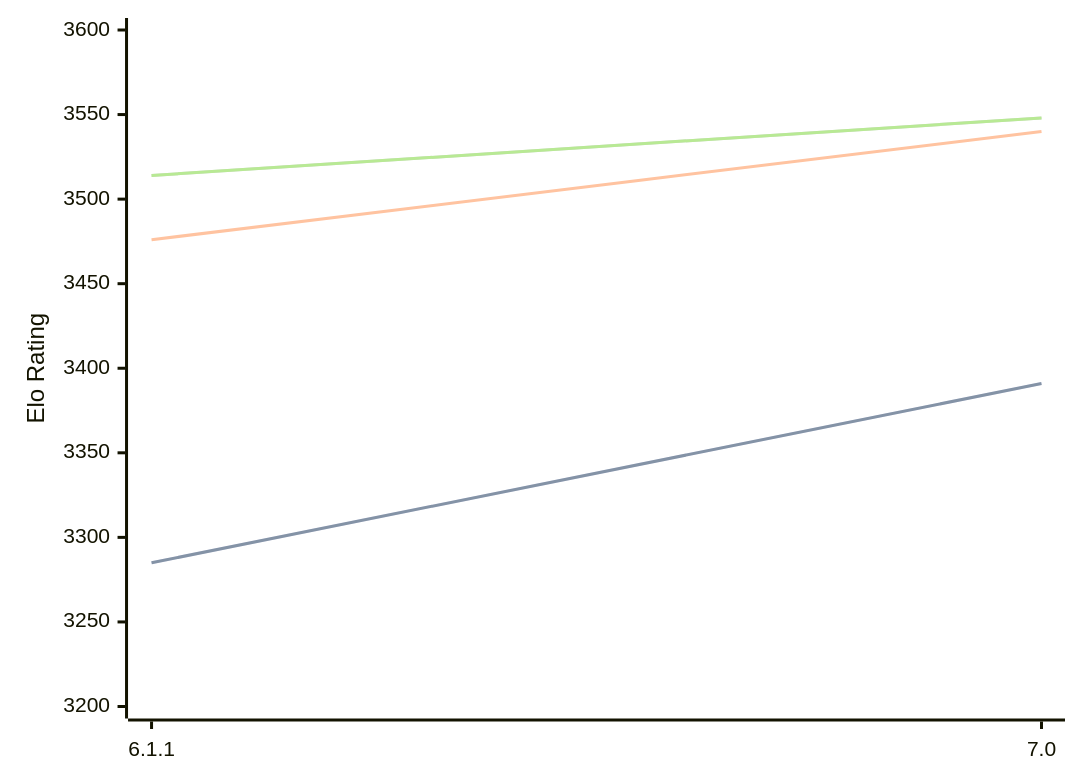
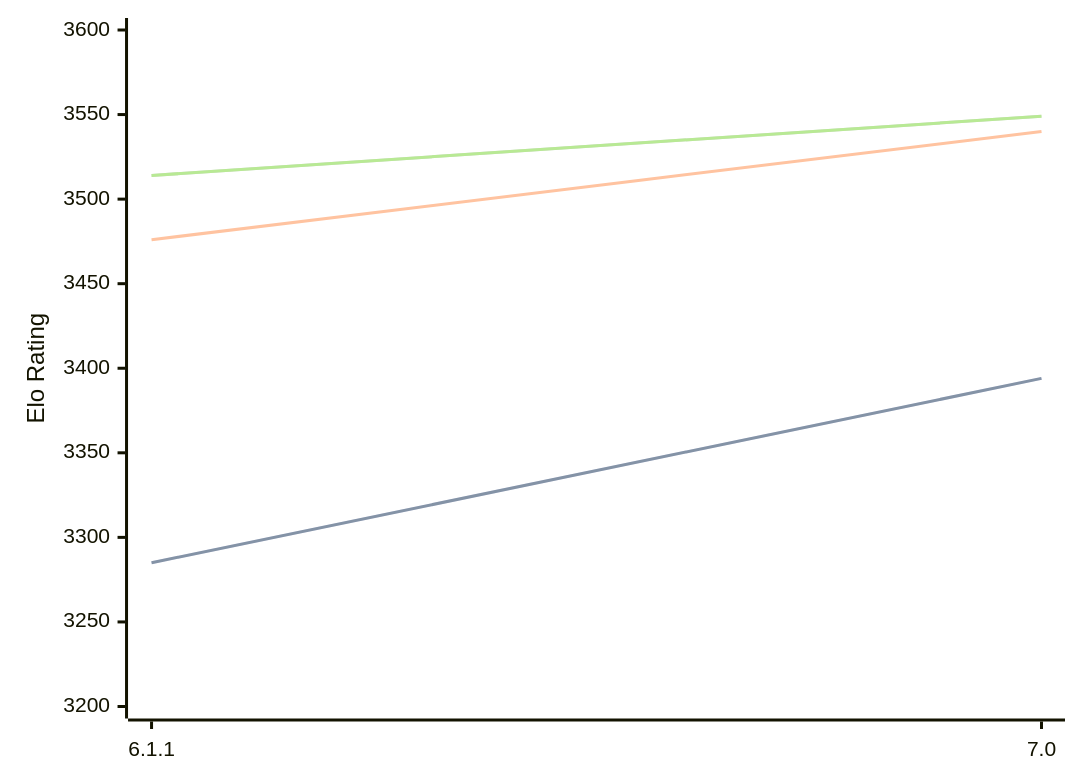
One commit to computer-chess-index/cci changed the diagram in engines/Astra.md. Above: the diagram before and after it, drawn with Mermaid. The commit also changed other lines of this file, not shown here.

Commit message:
Update CCI Ratings (ELO VLTC) - 2026-09-04

````diff
--- a/engines/Astra.md
+++ b/engines/Astra.md
@@ -32,11 +32,11 @@
 ```mermaid
 %%{init: {"theme":"base","themeVariables":{"seriesColors:['#a3a3a3','#222221','#faa371']}}}%%
 xychart-beta
   x-axis ["6.1.1", "7.0"]
   y-axis "Elo Rating" 3200 --> 3600
-  line "" [3285, 3391]
-  line "STC (8.0+0.08s)" [3285, 3391]
+  line "" [3285, 3394]
+  line "STC (8.0+0.08s)" [3285, 3394]
   line "LTC (60.0+0.60s)" [3476, 3540]
-  line "" [3514, 3548]
-  line "VLTC (2m24s+1.12s)" [3514, 3548]
+  line "" [3514, 3549]
+  line "VLTC (2m24s+1.12s)" [3514, 3549]
 ```
````
